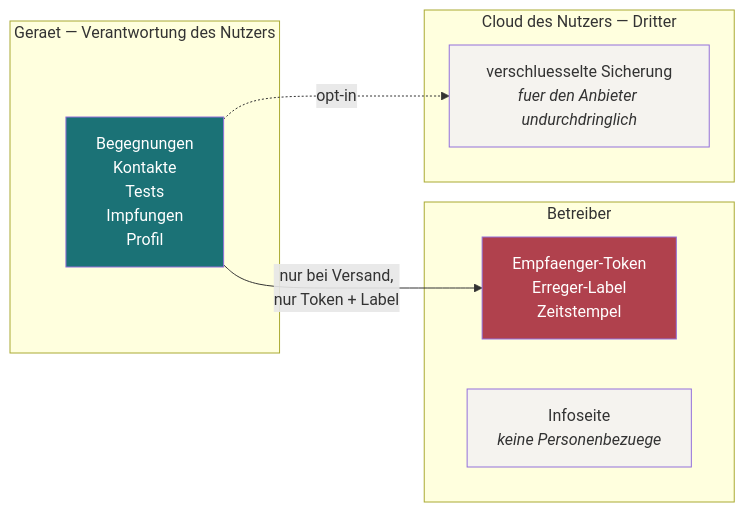
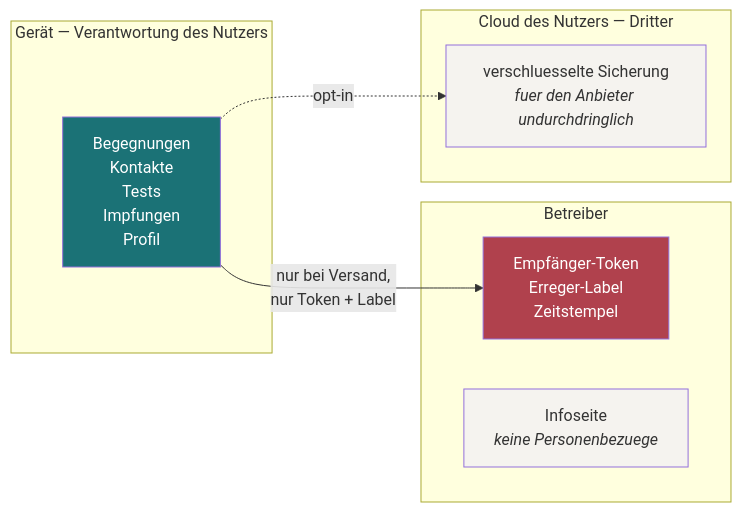
Before and after one commit to bagruber/sexdiary: the diagram in architecture/data-flow.md, drawn with Mermaid. The commit also changed other lines of this file and 20 other files, not shown here.

````diff
--- a/architecture/data-flow.md
+++ b/architecture/data-flow.md
@@ -17,23 +17,23 @@
 ```mermaid
 graph LR
-    subgraph G["Geraet — Verantwortung des Nutzers"]
+    subgraph G["Gerät — Verantwortung des Nutzers"]
         D1["Begegnungen<br/>Kontakte<br/>Tests<br/>Impfungen<br/>Profil"]
     end
 
     subgraph B["Betreiber"]
-        D2["Empfaenger-Token<br/>Erreger-Label<br/>Zeitstempel"]
+        D2["Empfänger-Token<br/>Erreger-Label<br/>Zeitstempel"]
         D3["Infoseite<br/><i>keine Personenbezuege</i>"]
     end
 
     subgraph C["Cloud des Nutzers — Dritter"]
         D4["verschluesselte Sicherung<br/><i>fuer den Anbieter undurchdringlich</i>"]
     end
 
     D1 -->|"nur bei Versand,<br/>nur Token + Label"| D2
     D1 -.->|"opt-in"| D4
 
     style D1 fill:#1B7276,color:#fff
     style D2 fill:#B0414D,color:#fff
     style D3 fill:#F5F3EF
     style D4 fill:#F5F3EF
 ```
````
